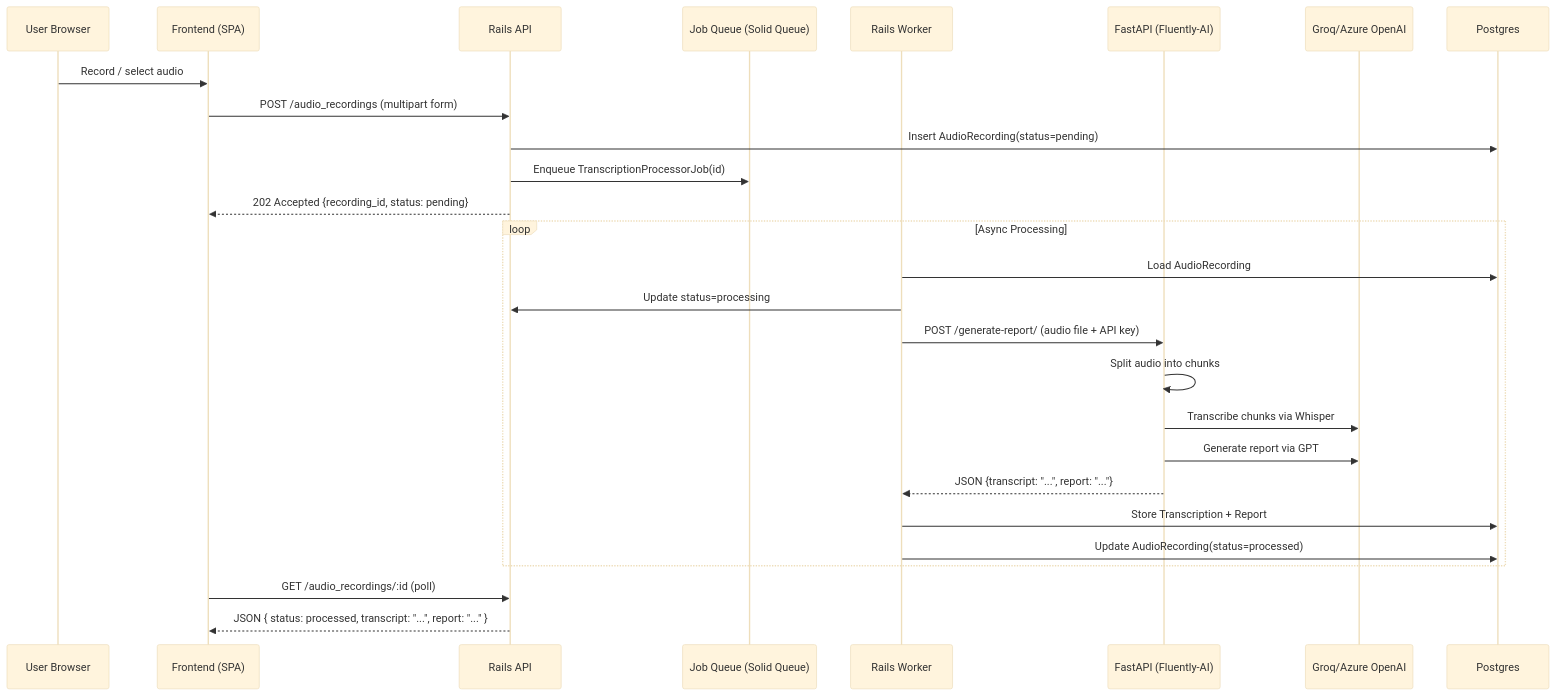
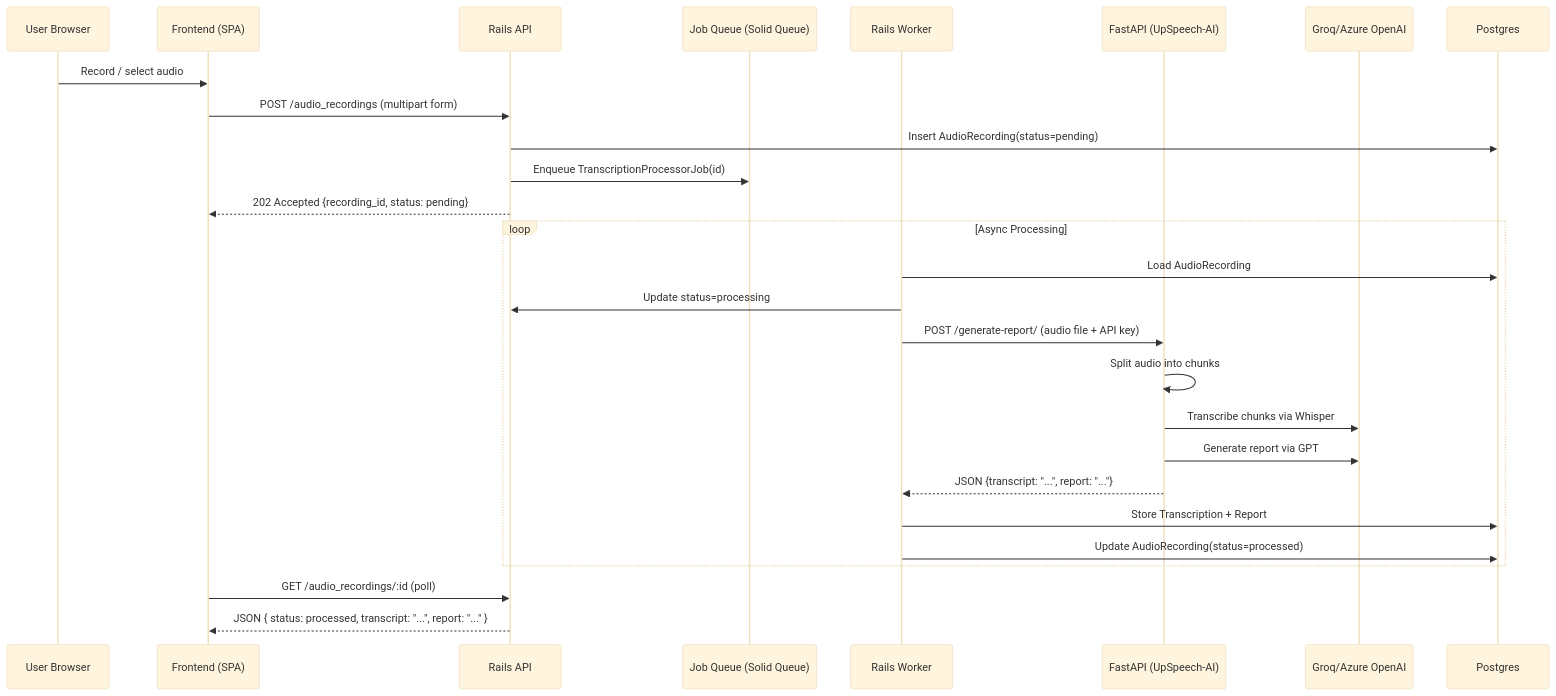
One commit to UpSpeech/fluently-website changed the second of 2 diagrams in docs/SYSTEM_DESIGN.md. Above: the diagram before and after it, drawn with Mermaid (base theme). The commit also changed other lines of this file and 2 other files, not shown here.

Commit message:
change fluently to upspeech

````diff
--- a/docs/SYSTEM_DESIGN.md
+++ b/docs/SYSTEM_DESIGN.md
@@ -62,32 +62,32 @@
 ```mermaid
 sequenceDiagram
   participant U as User Browser
   participant F as Frontend (SPA)
   participant A as Rails API
   participant Q as Job Queue (Solid Queue)
   participant W as Rails Worker
-  participant AI as FastAPI (Fluently-AI)
+  participant AI as FastAPI (UpSpeech-AI)
   participant G as Groq/Azure OpenAI
   participant P as Postgres
 
   U->>F: Record / select audio
   F->>A: POST /audio_recordings (multipart form)
   A->>P: Insert AudioRecording(status=pending)
   A->>Q: Enqueue TranscriptionProcessorJob(id)
   A-->>F: 202 Accepted {recording_id, status: pending}
 
   loop Async Processing
     W->>P: Load AudioRecording
     W->>A: Update status=processing
     W->>AI: POST /generate-report/ (audio file + API key)
     AI->>AI: Split audio into chunks
     AI->>G: Transcribe chunks via Whisper
     AI->>G: Generate report via GPT
     AI-->>W: JSON {transcript: "...", report: "..."}
     W->>P: Store Transcription + Report
     W->>P: Update AudioRecording(status=processed)
   end
 
   F->>A: GET /audio_recordings/:id (poll)
   A-->>F: JSON { status: processed, transcript: "...", report: "..." }
 ```
````
